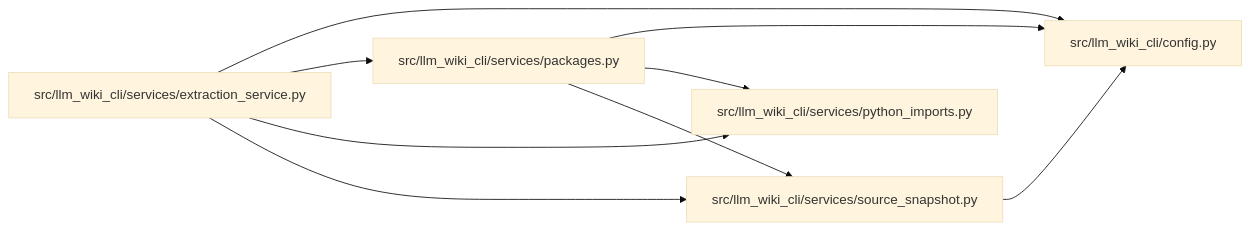
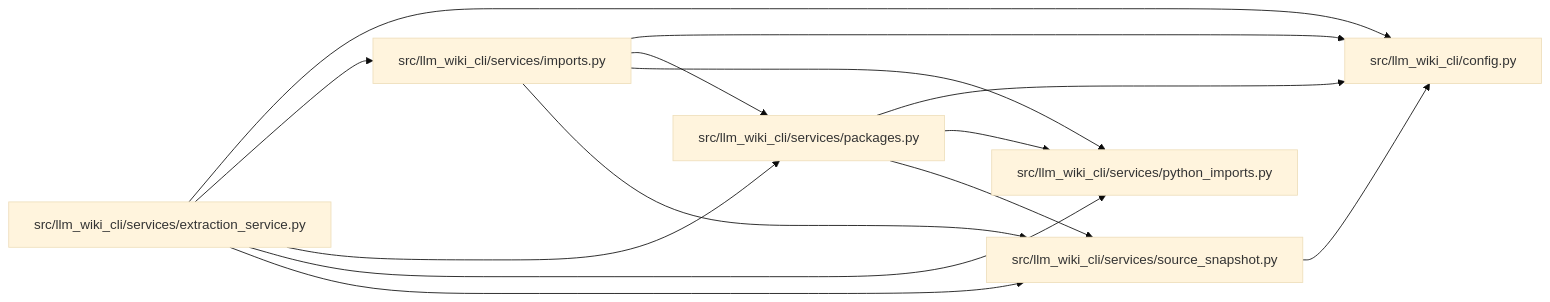
The diagram in docs/llm_wiki/modules/packages.md (Denissvgn/python-wiki-llm), drawn with Mermaid (base theme) before and after one commit. The commit also changed other lines of this file and 631 other files, not shown here.

Commit message:
docs(wiki): refresh scoped imports and module binding boundaries

````diff
--- a/docs/llm_wiki/modules/packages.md
+++ b/docs/llm_wiki/modules/packages.md
@@ -33,21 +33,28 @@
 ```mermaid
 flowchart LR
     n0["src/llm_wiki_cli/config.py"]
     n1["src/llm_wiki_cli/services/extraction_service.py"]
-    n2["src/llm_wiki_cli/services/packages.py"]
-    n3["src/llm_wiki_cli/services/python_imports.py"]
-    n4["src/llm_wiki_cli/services/source_snapshot.py"]
+    n2["src/llm_wiki_cli/services/imports.py"]
+    n3["src/llm_wiki_cli/services/packages.py"]
+    n4["src/llm_wiki_cli/services/python_imports.py"]
+    n5["src/llm_wiki_cli/services/source_snapshot.py"]
     n1 --> n0
     n1 --> n2
     n1 --> n3
     n1 --> n4
+    n1 --> n5
     n2 --> n0
     n2 --> n3
     n2 --> n4
-    n4 --> n0
+    n2 --> n5
+    n3 --> n0
+    n3 --> n4
+    n3 --> n5
+    n5 --> n0
     click n0 "../modules/config.md"
     click n1 "../modules/extraction_service.md"
-    click n2 "../modules/packages.md"
-    click n3 "../modules/python_imports.md"
-    click n4 "../modules/source_snapshot.md"
+    click n2 "../modules/imports.md"
+    click n3 "../modules/packages.md"
+    click n4 "../modules/python_imports.md"
+    click n5 "../modules/source_snapshot.md"
 ```
````
